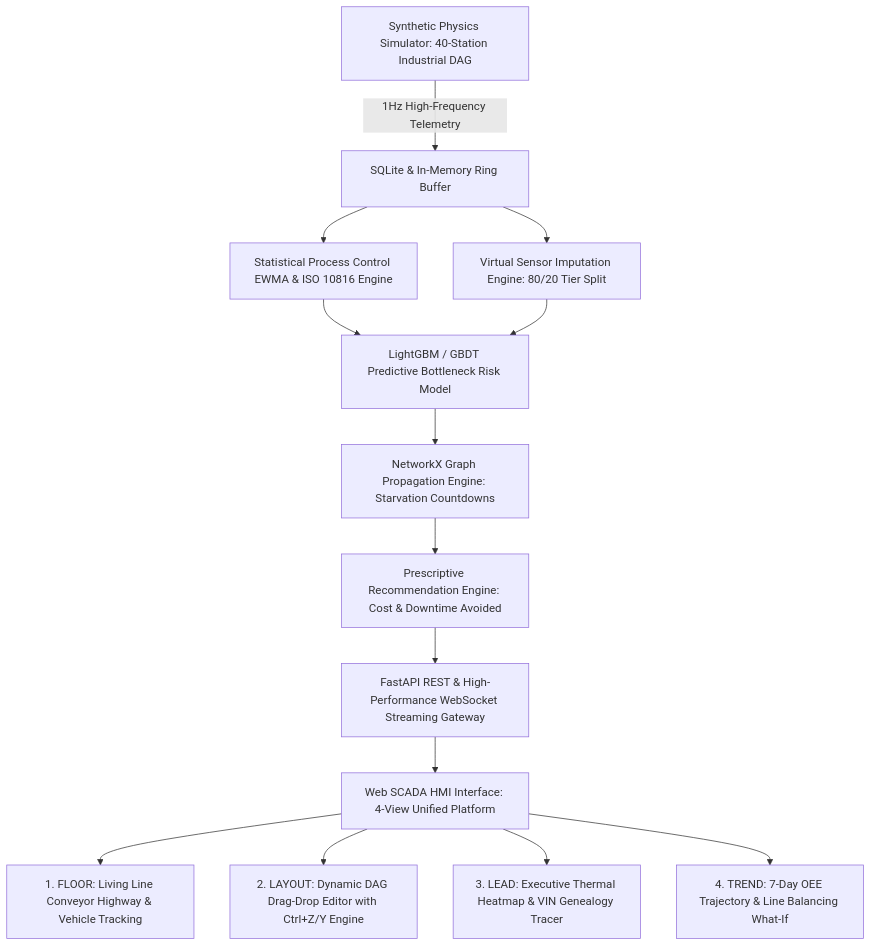
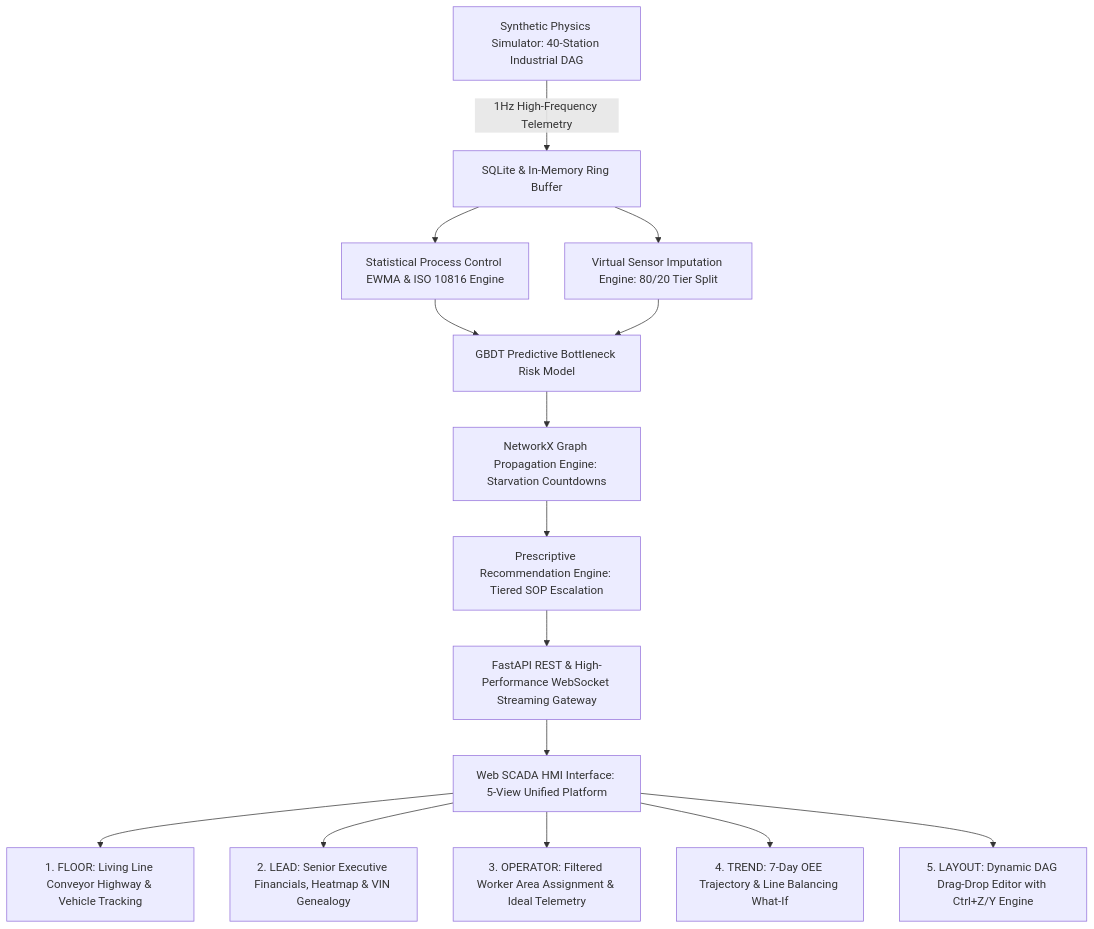
One commit to adity213/Accenture_digital_twin changed the diagram in README.md. Above: the diagram before and after it, drawn with Mermaid. The commit also changed other lines of this file and 2 other files, not shown here.

Commit message:
docs: update comprehensive README with Phase 0-9 architecture, financial metrics, and SOP engine; organize scripts

````diff
--- a/README.md
+++ b/README.md
@@ -10,16 +10,17 @@
 ```mermaid
 graph TD
     A[Synthetic Physics Simulator: 40-Station Industrial DAG] -->|1Hz High-Frequency Telemetry| B[SQLite & In-Memory Ring Buffer]
     B --> C[Statistical Process Control EWMA & ISO 10816 Engine]
     B --> D[Virtual Sensor Imputation Engine: 80/20 Tier Split]
-    C --> E[LightGBM / GBDT Predictive Bottleneck Risk Model]
+    C --> E[GBDT Predictive Bottleneck Risk Model]
     D --> E
     E --> F[NetworkX Graph Propagation Engine: Starvation Countdowns]
-    F --> G[Prescriptive Recommendation Engine: Cost & Downtime Avoided]
+    F --> G[Prescriptive Recommendation Engine: Tiered SOP Escalation]
     G --> H[FastAPI REST & High-Performance WebSocket Streaming Gateway]
-    H --> I[Web SCADA HMI Interface: 4-View Unified Platform]
+    H --> I[Web SCADA HMI Interface: 5-View Unified Platform]
     I --> I1[1. FLOOR: Living Line Conveyor Highway & Vehicle Tracking]
-    I --> I2[2. LAYOUT: Dynamic DAG Drag-Drop Editor with Ctrl+Z/Y Engine]
-    I --> I3[3. LEAD: Executive Thermal Heatmap & VIN Genealogy Tracer]
+    I --> I2[2. LEAD: Senior Executive Financials, Heatmap & VIN Genealogy]
+    I --> I3[3. OPERATOR: Filtered Worker Area Assignment & Ideal Telemetry]
     I --> I4[4. TREND: 7-Day OEE Trajectory & Line Balancing What-If]
+    I --> I5[5. LAYOUT: Dynamic DAG Drag-Drop Editor with Ctrl+Z/Y Engine]
 ```
````
